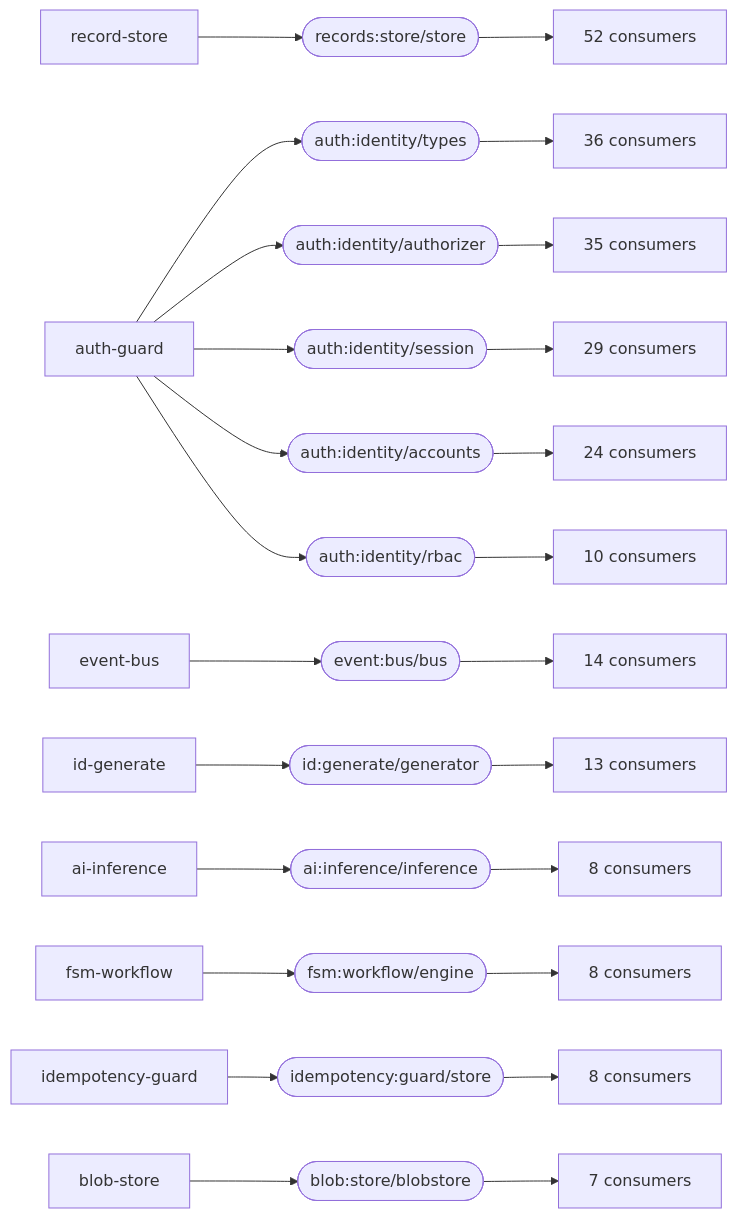
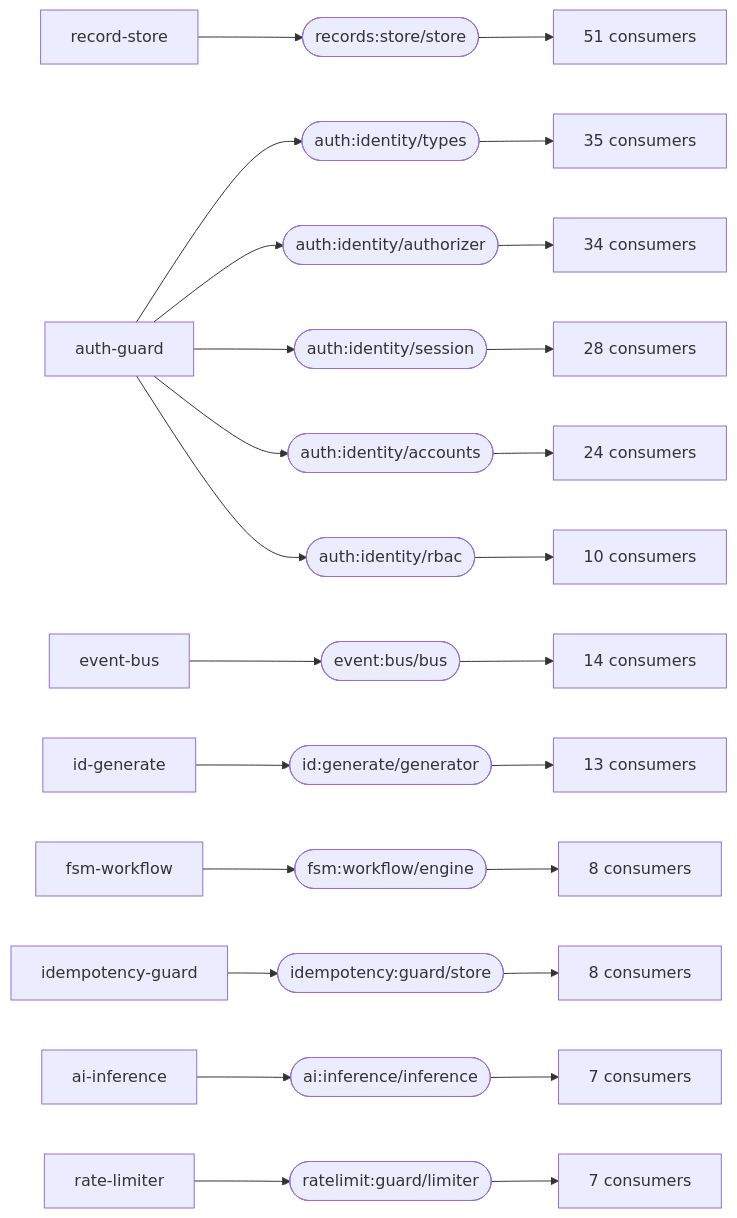
The first of 2 diagrams in docs/CAPABILITY-GRAPH.md (markkovari/holon), drawn with Mermaid before and after one commit. The commit also changed other lines of this file and 1 other file, not shown here.

First line of the commit message:
fix: regenerate the graph from a clean tree, not from stale build output

````diff
--- a/docs/CAPABILITY-GRAPH.md
+++ b/docs/CAPABILITY-GRAPH.md
@@ -116,39 +116,39 @@
 ```mermaid
 graph LR
   records_store_store(["records:store/store"])
   record_store[record-store] --> records_store_store
-  records_store_store --> many_records_store_store["52 consumers"]
+  records_store_store --> many_records_store_store["51 consumers"]
   auth_identity_types(["auth:identity/types"])
   auth_guard[auth-guard] --> auth_identity_types
-  auth_identity_types --> many_auth_identity_types["36 consumers"]
+  auth_identity_types --> many_auth_identity_types["35 consumers"]
   auth_identity_authorizer(["auth:identity/authorizer"])
   auth_guard[auth-guard] --> auth_identity_authorizer
-  auth_identity_authorizer --> many_auth_identity_authorizer["35 consumers"]
+  auth_identity_authorizer --> many_auth_identity_authorizer["34 consumers"]
   auth_identity_session(["auth:identity/session"])
   auth_guard[auth-guard] --> auth_identity_session
-  auth_identity_session --> many_auth_identity_session["29 consumers"]
+  auth_identity_session --> many_auth_identity_session["28 consumers"]
   auth_identity_accounts(["auth:identity/accounts"])
   auth_guard[auth-guard] --> auth_identity_accounts
   auth_identity_accounts --> many_auth_identity_accounts["24 consumers"]
   event_bus_bus(["event:bus/bus"])
   event_bus[event-bus] --> event_bus_bus
   event_bus_bus --> many_event_bus_bus["14 consumers"]
   id_generate_generator(["id:generate/generator"])
   id_generate[id-generate] --> id_generate_generator
   id_generate_generator --> many_id_generate_generator["13 consumers"]
   auth_identity_rbac(["auth:identity/rbac"])
   auth_guard[auth-guard] --> auth_identity_rbac
   auth_identity_rbac --> many_auth_identity_rbac["10 consumers"]
-  ai_inference_inference(["ai:inference/inference"])
-  ai_inference[ai-inference] --> ai_inference_inference
-  ai_inference_inference --> many_ai_inference_inference["8 consumers"]
   fsm_workflow_engine(["fsm:workflow/engine"])
   fsm_workflow[fsm-workflow] --> fsm_workflow_engine
   fsm_workflow_engine --> many_fsm_workflow_engine["8 consumers"]
   idempotency_guard_store(["idempotency:guard/store"])
   idempotency_guard[idempotency-guard] --> idempotency_guard_store
   idempotency_guard_store --> many_idempotency_guard_store["8 consumers"]
-  blob_store_blobstore(["blob:store/blobstore"])
-  blob_store[blob-store] --> blob_store_blobstore
-  blob_store_blobstore --> many_blob_store_blobstore["7 consumers"]
+  ai_inference_inference(["ai:inference/inference"])
+  ai_inference[ai-inference] --> ai_inference_inference
+  ai_inference_inference --> many_ai_inference_inference["7 consumers"]
+  ratelimit_guard_limiter(["ratelimit:guard/limiter"])
+  rate_limiter[rate-limiter] --> ratelimit_guard_limiter
+  ratelimit_guard_limiter --> many_ratelimit_guard_limiter["7 consumers"]
 ```
````
